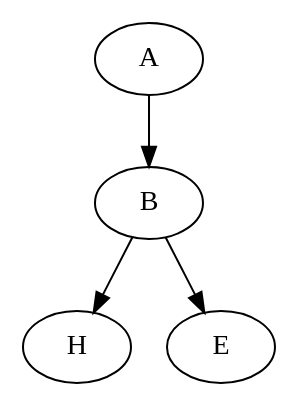
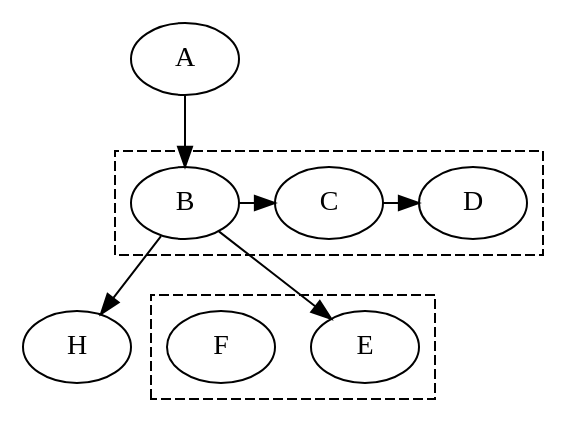
Before and after one commit to sisyphus1212/note: the diagram in dpdk/内存管理.md, drawn with Graphviz.

Commit message:
auto_update

````diff
--- a/dpdk/内存管理.md
+++ b/dpdk/内存管理.md
@@ -16,11 +16,22 @@
 ```graphviz
 digraph {
 
 	A;H;
+		subgraph cluster_a {
+		style = "dashed";
+		{rank="same"; B;C;D}
+		B;C;D;
+		B->C->D;
+	}
+	subgraph cluster_b {
+		style = "dashed";
+		E;F;
+	}
+
 	A->B;
 	B->E;
 	B->H;
 }
 
 
 ```
````
